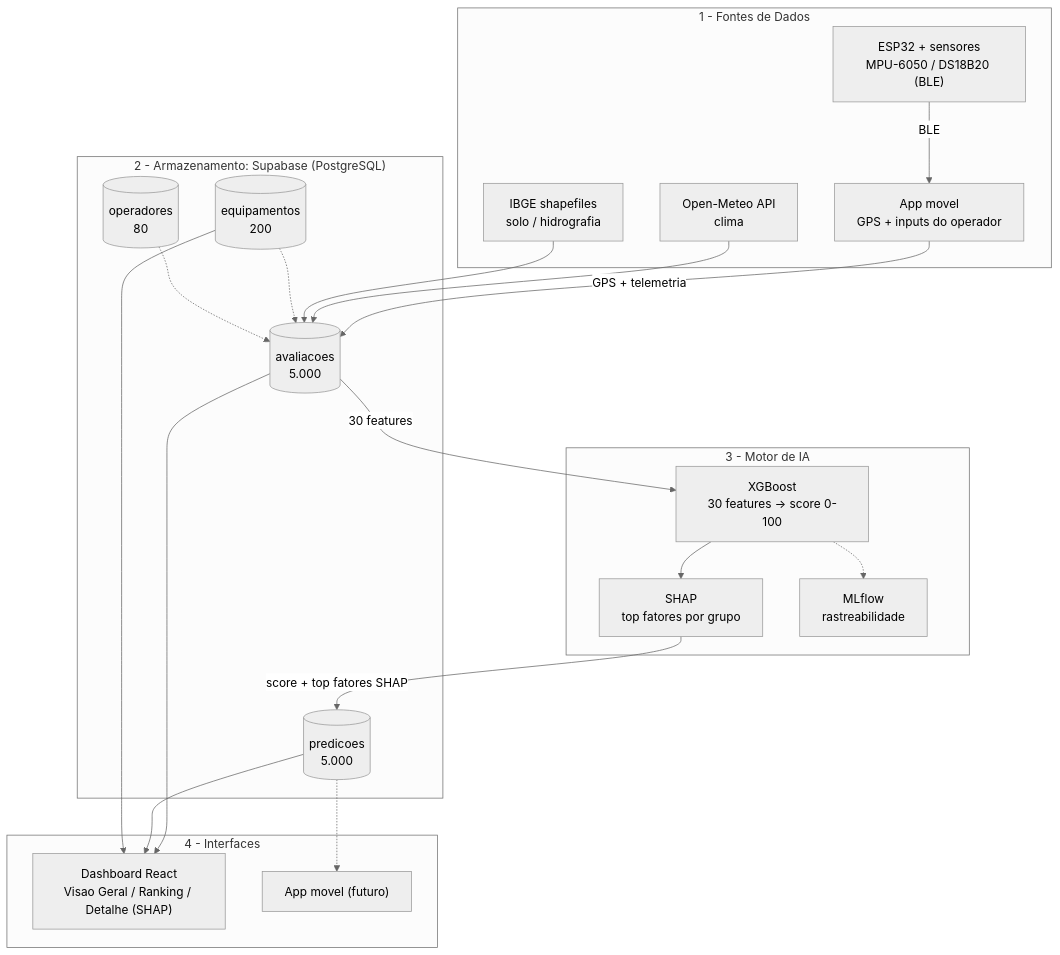
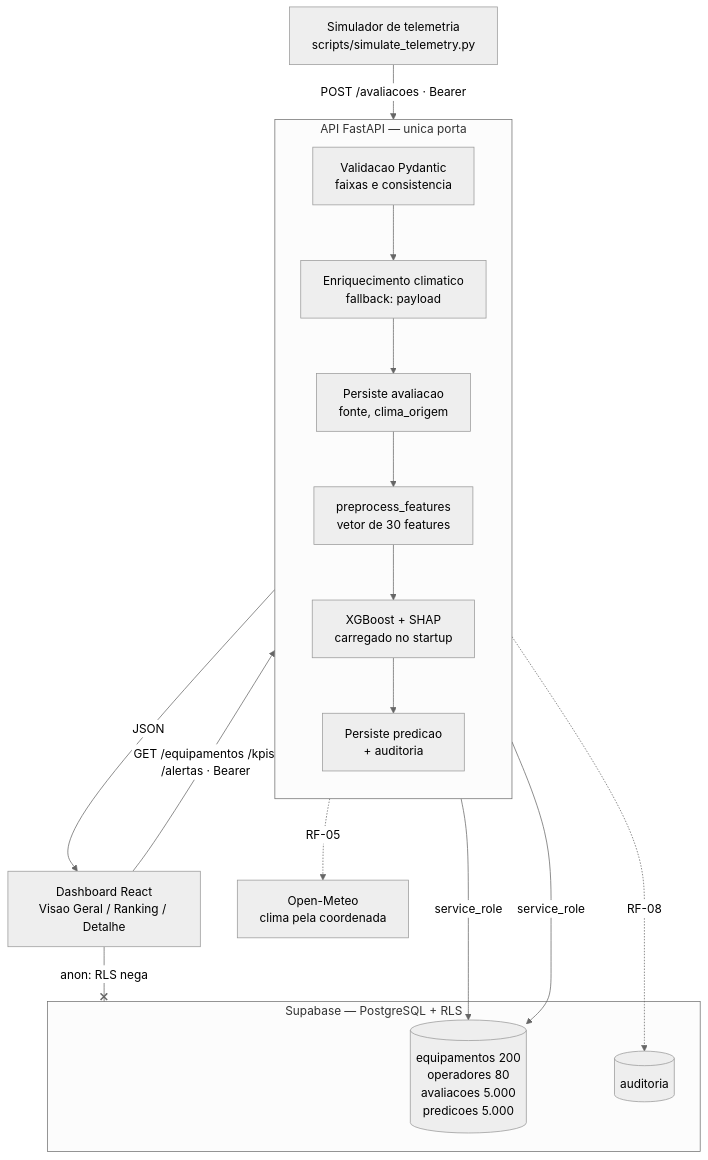
One commit to Avila237/sompo changed the diagram in README.md. Above: the diagram before and after it, drawn with Mermaid (neutral theme). The commit also changed other lines of this file and 1 other file, not shown here.

````diff
--- a/README.md
+++ b/README.md
@@ -280,44 +350,31 @@
 ```mermaid
 flowchart TB
-    subgraph L1["1 - Fontes de Dados"]
-        APP["App movel<br/>GPS + inputs do operador"]
-        IOT["ESP32 + sensores<br/>MPU-6050 / DS18B20 (BLE)"]
-        METEO["Open-Meteo API<br/>clima"]
-        IBGE["IBGE shapefiles<br/>solo / hidrografia"]
+    SIM["Simulador de telemetria<br/>scripts/simulate_telemetry.py"]
+    DASH["Dashboard React<br/>Visao Geral / Ranking / Detalhe"]
+    METEO["Open-Meteo<br/>clima pela coordenada"]
+
+    subgraph API["API FastAPI — unica porta"]
+        direction TB
+        VAL["Validacao Pydantic<br/>faixas e consistencia"]
+        ENR["Enriquecimento climatico<br/>fallback: payload"]
+        PERSA["Persiste avaliacao<br/>fonte, clima_origem"]
+        PRE["preprocess_features<br/>vetor de 30 features"]
+        MOD["XGBoost + SHAP<br/>carregado no startup"]
+        PERSP["Persiste predicao<br/>+ auditoria"]
+        VAL --> ENR --> PERSA --> PRE --> MOD --> PERSP
     end
 
-    subgraph L2["2 - Armazenamento: Supabase (PostgreSQL)"]
-        EQUIP[("equipamentos<br/>200")]
-        OPER[("operadores<br/>80")]
-        AVAL[("avaliacoes<br/>5.000")]
-        PRED[("predicoes<br/>5.000")]
+    subgraph DB["Supabase — PostgreSQL + RLS"]
+        TAB[("equipamentos 200<br/>operadores 80<br/>avaliacoes 5.000<br/>predicoes 5.000")]
+        AUD[("auditoria")]
     end
 
-    subgraph L3["3 - Motor de IA"]
-        XGB["XGBoost<br/>30 features -> score 0-100"]
-        SHAP["SHAP<br/>top fatores por grupo"]
-        MLF["MLflow<br/>rastreabilidade"]
-    end
-
-    subgraph L4["4 - Interfaces"]
-        DASH["Dashboard React<br/>Visao Geral / Ranking / Detalhe (SHAP)"]
-        MOBILE["App movel (futuro)"]
-    end
-
-    IOT -->|BLE| APP
-    APP -->|GPS + telemetria| AVAL
-    METEO --> AVAL
-    IBGE --> AVAL
-    EQUIP -.-> AVAL
-    OPER -.-> AVAL
-
-    AVAL -->|30 features| XGB
-    XGB --> SHAP
-    XGB -.-> MLF
-    SHAP -->|score + top fatores SHAP| PRED
-
-    AVAL --> DASH
-    PRED --> DASH
-    EQUIP --> DASH
-    PRED -.-> MOBILE
+    SIM -->|"POST /avaliacoes · Bearer"| VAL
+    DASH -->|"GET /equipamentos /kpis /alertas · Bearer"| API
+    API -->|JSON| DASH
+    ENR -.->|RF-05| METEO
+    PERSA -->|service_role| TAB
+    PERSP -->|service_role| TAB
+    PERSP -.->|RF-08| AUD
+    DASH --x|"anon: RLS nega"| DB
 ```
````
